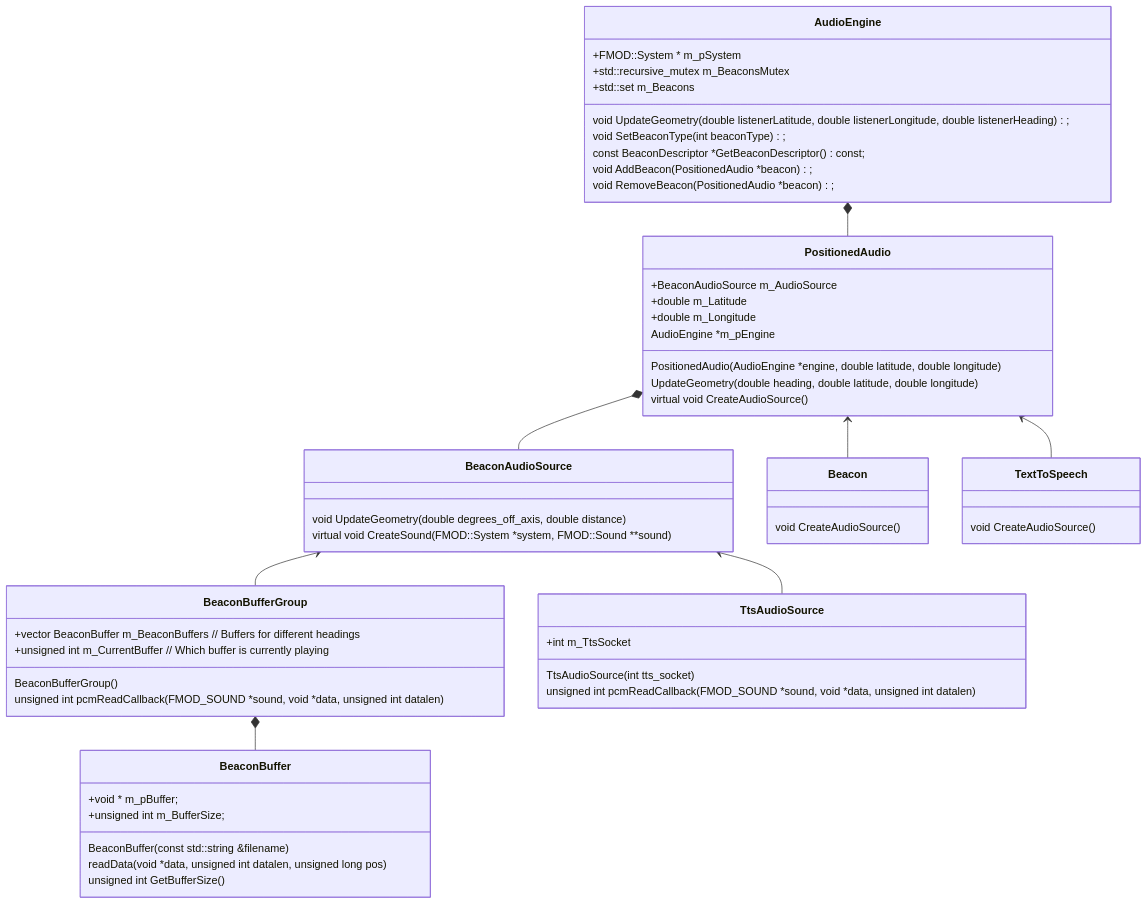
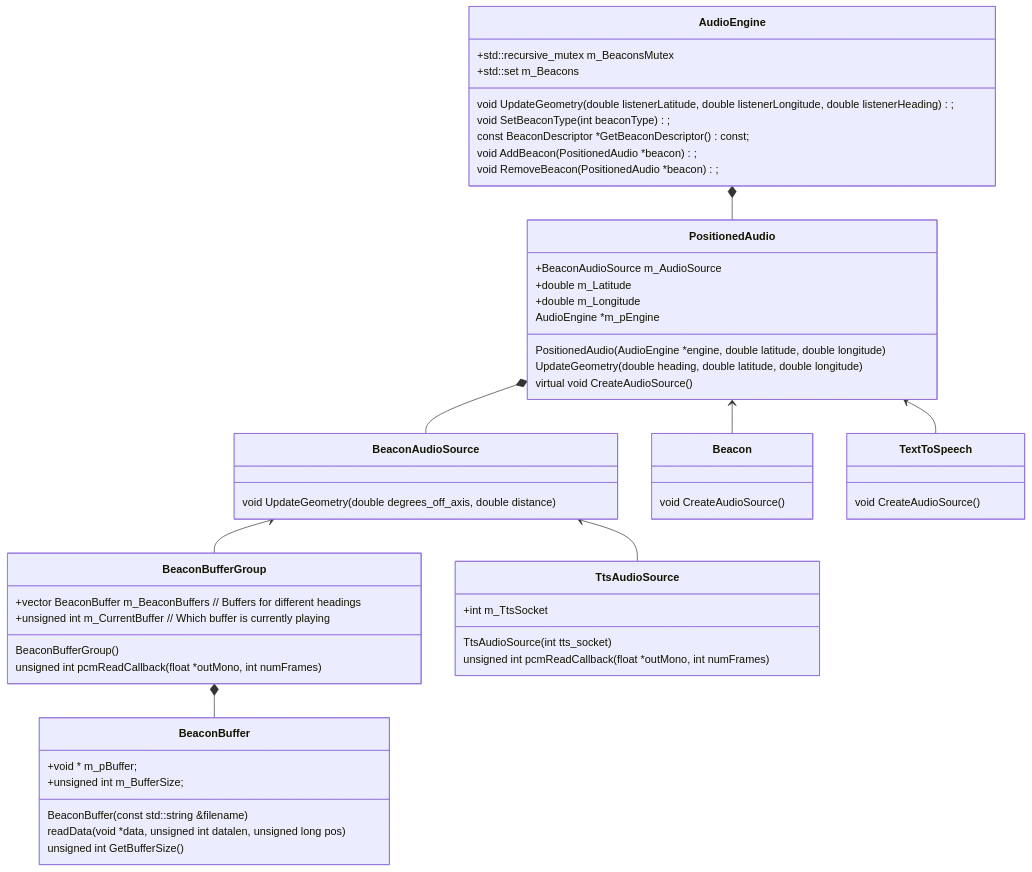
The second of 2 diagrams in docs/developers/audio-API.md (Scottish-Tech-Army/Soundscape-Android), drawn with Mermaid before and after one commit. The commit also changed other lines of this file and 10 other files, not shown here.

```diff
--- a/docs/developers/audio-API.md
+++ b/docs/developers/audio-API.md
@@ -118,68 +102,66 @@
 <div class="mermaid">
 classDiagram
 
     class BeaconBuffer{
         +void * m_pBuffer;
         +unsigned int m_BufferSize;
 
         BeaconBuffer(const std::string &filename)
         readData(void *data, unsigned int datalen, unsigned long pos)
         unsigned int GetBufferSize()    
     }
     
     class BeaconBufferGroup{
         BeaconBufferGroup()
-        unsigned int pcmReadCallback(FMOD_SOUND *sound, void *data, unsigned int datalen)
+        unsigned int pcmReadCallback(float *outMono, int numFrames)
         +vector BeaconBuffer m_BeaconBuffers // Buffers for different headings
         +unsigned int m_CurrentBuffer // Which buffer is currently playing
     }
 
     class BeaconAudioSource{
         void UpdateGeometry(double degrees_off_axis, double distance)
-        virtual void CreateSound(FMOD::System *system, FMOD::Sound **sound)
     }
 
     class TtsAudioSource{
         TtsAudioSource(int tts_socket)
-        unsigned int pcmReadCallback(FMOD_SOUND *sound, void *data, unsigned int datalen)
+        unsigned int pcmReadCallback(float *outMono, int numFrames)
         +int m_TtsSocket
     }
 
     class PositionedAudio{
         PositionedAudio(AudioEngine *engine, double latitude, double longitude)
         UpdateGeometry(double heading, double latitude, double longitude)
         virtual void CreateAudioSource()
         +BeaconAudioSource m_AudioSource
         +double m_Latitude
         +double m_Longitude
         AudioEngine *m_pEngine
     }
     
     class AudioEngine {
         void UpdateGeometry(double listenerLatitude, double listenerLongitude, double listenerHeading);
         void SetBeaconType(int beaconType);
         const BeaconDescriptor *GetBeaconDescriptor() const;
 
         void AddBeacon(PositionedAudio *beacon);
         void RemoveBeacon(PositionedAudio *beacon);
 
-        +FMOD::System * m_pSystem
         +std::recursive_mutex m_BeaconsMutex
         +std::set<PositionedAudio *> m_Beacons
     }
 
     class Beacon{
         void CreateAudioSource()
     }
 
     class TextToSpeech{
         void CreateAudioSource()
     }
     PositionedAudio *-- BeaconAudioSource
     BeaconBufferGroup *-- BeaconBuffer
     BeaconAudioSource <-- TtsAudioSource
     BeaconAudioSource <-- BeaconBufferGroup
     PositionedAudio <-- Beacon
     PositionedAudio <-- TextToSpeech
     AudioEngine *-- PositionedAudio
 </div>
```
